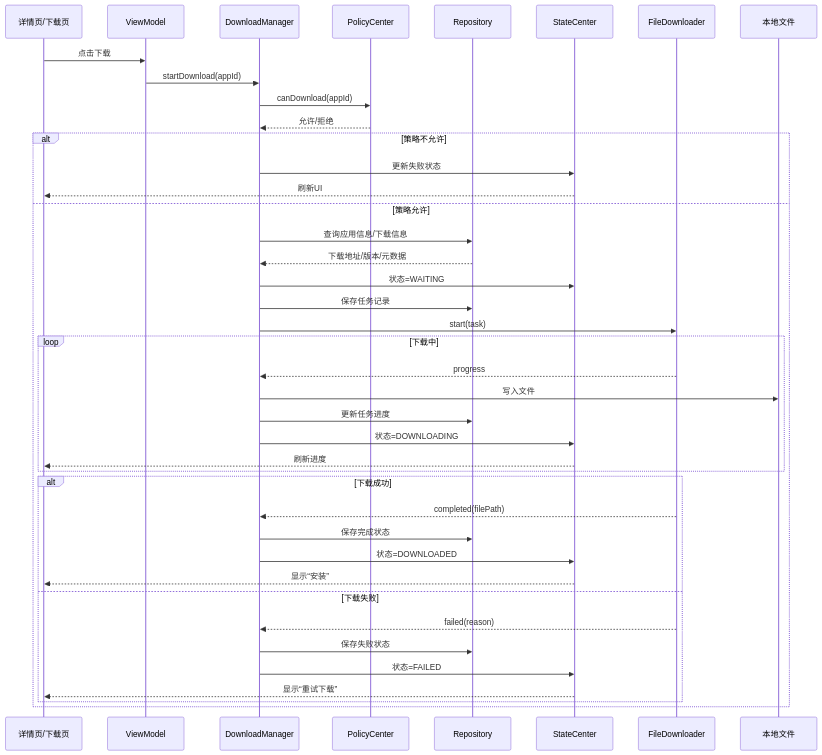
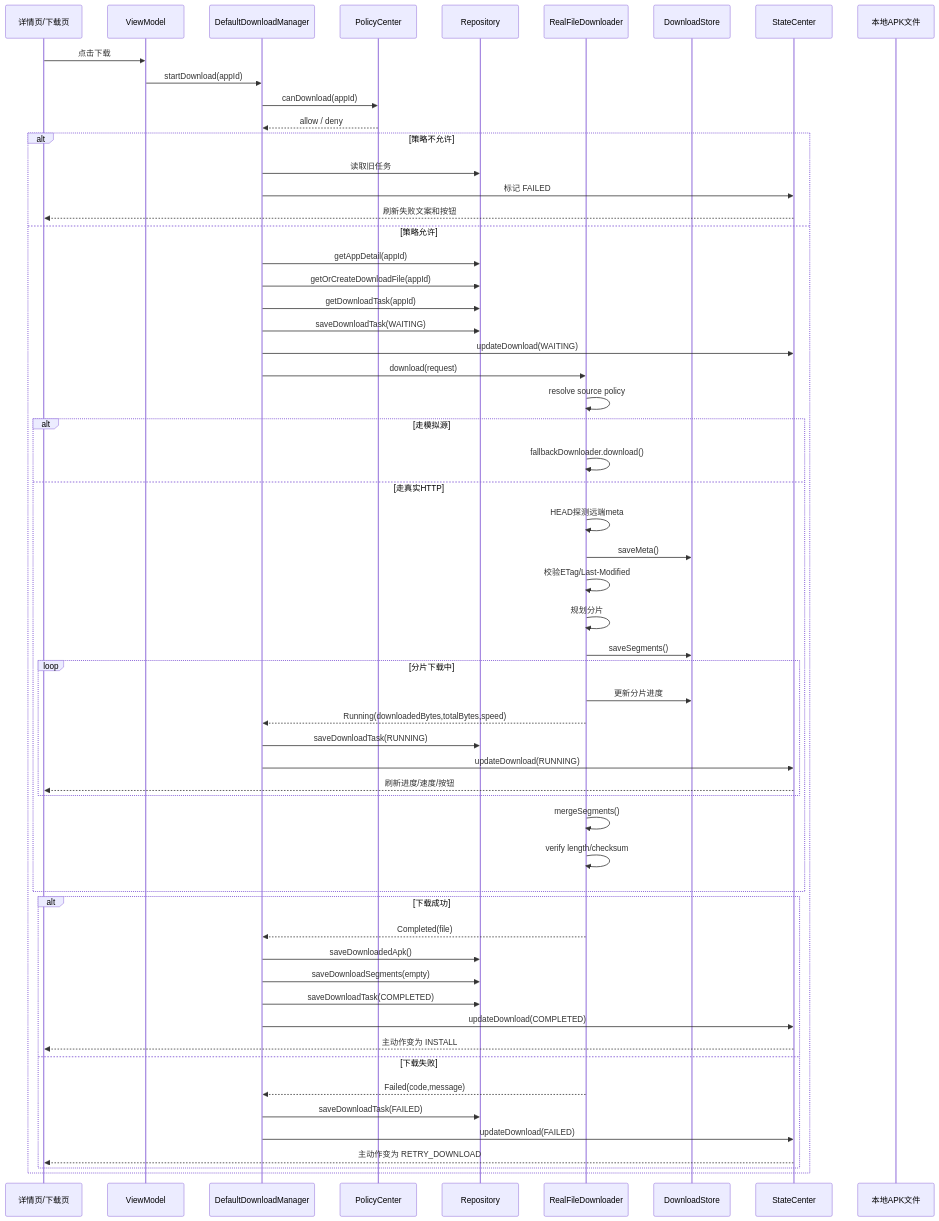
Before and after one commit to XZQ/CarAppStore: the third of 6 diagrams in docs/09-下载模块架构与流程.md, drawn with Mermaid. The commit also changed other lines of this file and 35 other files, not shown here.

Commit message:
docs: reorganize architecture docs and handoff guide

````diff
--- a/docs/09-下载模块架构与流程.md
+++ b/docs/09-下载模块架构与流程.md
@@ -96,49 +141,68 @@
 ```mermaid
 sequenceDiagram
 participant UI as 详情页/下载页
 participant VM as ViewModel
-participant DM as DownloadManager
+participant DM as DefaultDownloadManager
 participant PC as PolicyCenter
 participant REPO as Repository
+participant FD as RealFileDownloader
+participant DS as DownloadStore
 participant SC as StateCenter
-participant FD as FileDownloader
-participant FILE as 本地文件
+participant FILE as 本地APK文件
 
 UI->>VM: 点击下载
 VM->>DM: startDownload(appId)
 
 DM->>PC: canDownload(appId)
-PC-->>DM: 允许/拒绝
+PC-->>DM: allow / deny
 
 alt 策略不允许
-    DM->>SC: 更新失败状态
-    SC-->>UI: 刷新UI
+    DM->>REPO: 读取旧任务
+    DM->>SC: 标记 FAILED
+    SC-->>UI: 刷新失败文案和按钮
 else 策略允许
-    DM->>REPO: 查询应用信息/下载信息
-    REPO-->>DM: 下载地址/版本/元数据
+    DM->>REPO: getAppDetail(appId)
+    DM->>REPO: getOrCreateDownloadFile(appId)
+    DM->>REPO: getDownloadTask(appId)
+    DM->>REPO: saveDownloadTask(WAITING)
+    DM->>SC: updateDownload(WAITING)
 
-    DM->>SC: 状态=WAITING
-    DM->>REPO: 保存任务记录
-    DM->>FD: start(task)
+    DM->>FD: download(request)
 
-    loop 下载中
-        FD-->>DM: progress
-        DM->>FILE: 写入文件
-        DM->>REPO: 更新任务进度
-        DM->>SC: 状态=DOWNLOADING
-        SC-->>UI: 刷新进度
+    FD->>FD: resolve source policy
+    alt 走模拟源
+        FD->>FD: fallbackDownloader.download()
+    else 走真实HTTP
+        FD->>FD: HEAD探测远端meta
+        FD->>DS: saveMeta()
+        FD->>FD: 校验ETag/Last-Modified
+        FD->>FD: 规划分片
+        FD->>DS: saveSegments()
+
+        loop 分片下载中
+            FD->>DS: 更新分片进度
+            FD-->>DM: Running(downloadedBytes,totalBytes,speed)
+            DM->>REPO: saveDownloadTask(RUNNING)
+            DM->>SC: updateDownload(RUNNING)
+            SC-->>UI: 刷新进度/速度/按钮
+        end
+
+        FD->>FD: mergeSegments()
+        FD->>FD: verify length/checksum
     end
 
     alt 下载成功
-        FD-->>DM: completed(filePath)
-        DM->>REPO: 保存完成状态
-        DM->>SC: 状态=DOWNLOADED
-        SC-->>UI: 显示“安装”
+        FD-->>DM: Completed(file)
+        DM->>REPO: saveDownloadedApk()
+        DM->>REPO: saveDownloadSegments(empty)
+        DM->>REPO: saveDownloadTask(COMPLETED)
+        DM->>SC: updateDownload(COMPLETED)
+        SC-->>UI: 主动作变为 INSTALL
     else 下载失败
-        FD-->>DM: failed(reason)
-        DM->>REPO: 保存失败状态
-        DM->>SC: 状态=FAILED
-        SC-->>UI: 显示“重试下载”
+        FD-->>DM: Failed(code,message)
+        DM->>REPO: saveDownloadTask(FAILED)
+        DM->>SC: updateDownload(FAILED)
+        SC-->>UI: 主动作变为 RETRY_DOWNLOAD
     end
 end
 ```
````
